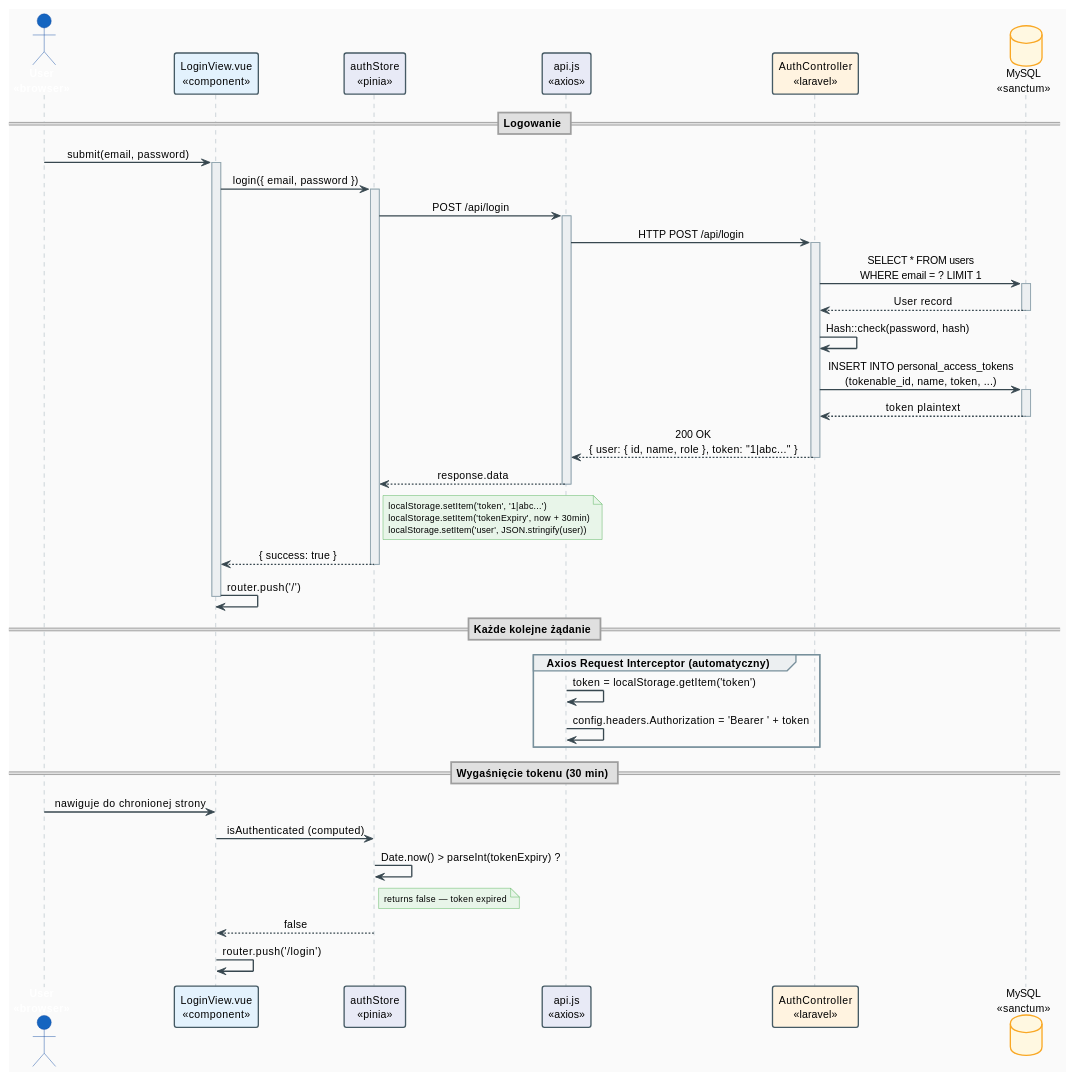
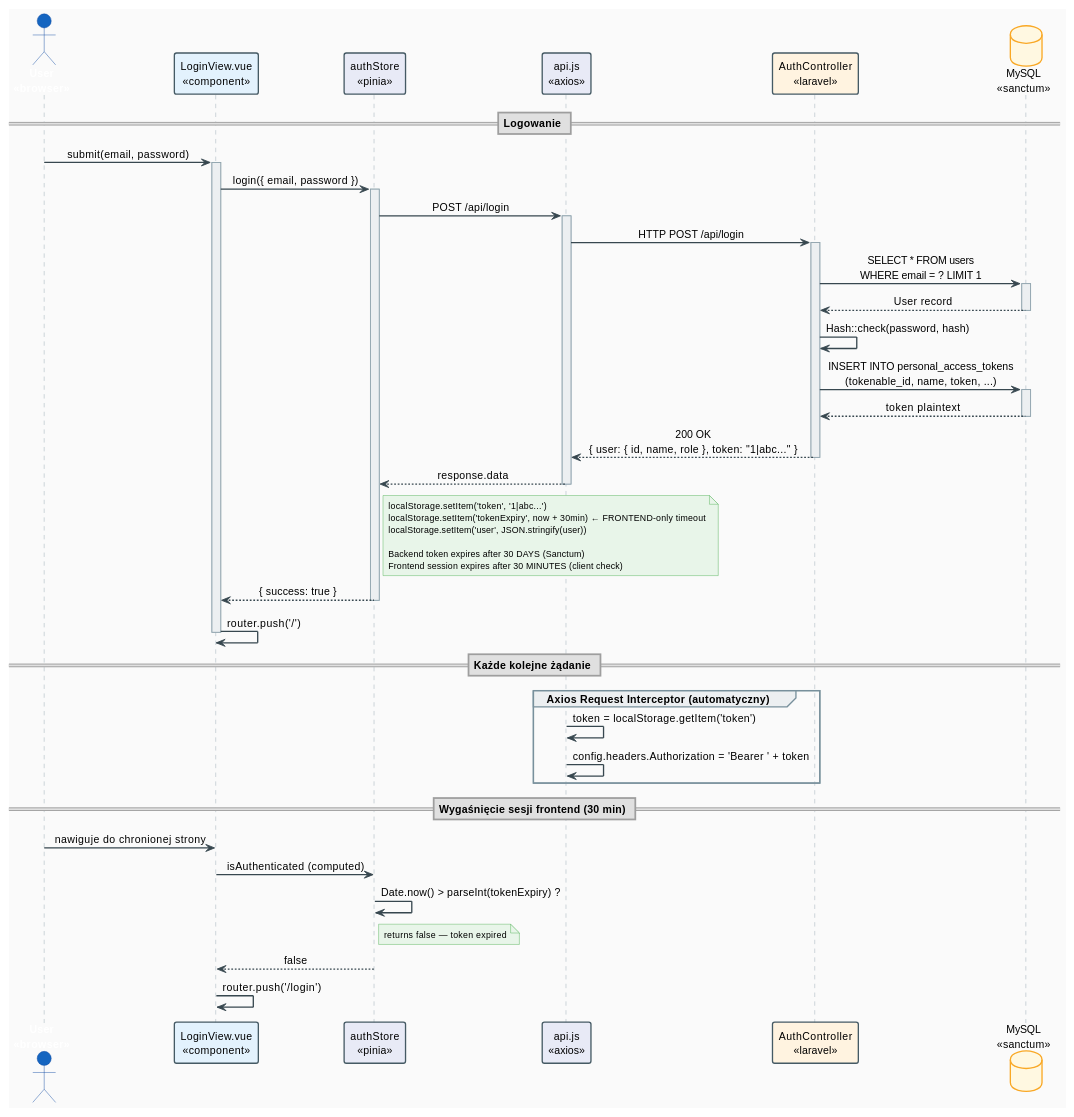
One commit to Tekashian/WindowWidow changed the diagram in docs/03-autentykacja.md. Above: the diagram before and after it, drawn with PlantUML. The commit also changed other lines of this file and 6 other files, not shown here.

First line of the commit message:
fix: deep UML audit + 1 more hardcoded URL

```diff
--- a/docs/03-autentykacja.md
+++ b/docs/03-autentykacja.md
@@ -101,8 +101,11 @@
 
 note right of AS
   localStorage.setItem('token', '1|abc...')
-  localStorage.setItem('tokenExpiry', now + 30min)
+  localStorage.setItem('tokenExpiry', now + 30min)  ← FRONTEND-only timeout
   localStorage.setItem('user', JSON.stringify(user))
+  
+  Backend token expires after 30 DAYS (Sanctum)
+  Frontend session expires after 30 MINUTES (client check)
 end note
 
 AS --> V  : { success: true }
@@ -118,7 +121,7 @@
   AX ->  AX : config.headers.Authorization = 'Bearer ' + token
 end
 
-== Wygaśnięcie tokenu (30 min) ==
+== Wygaśnięcie sesji frontend (30 min) ==
 
 U  ->  V  : nawiguje do chronionej strony
 V  ->  AS : isAuthenticated (computed)
```
